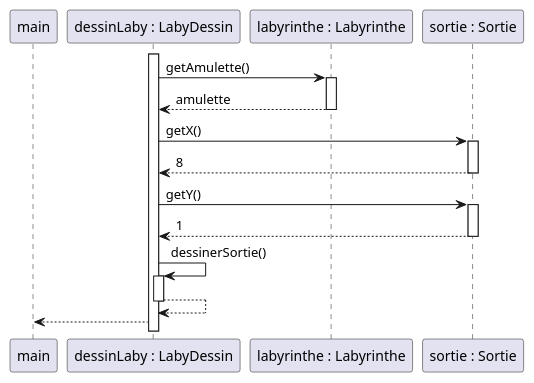
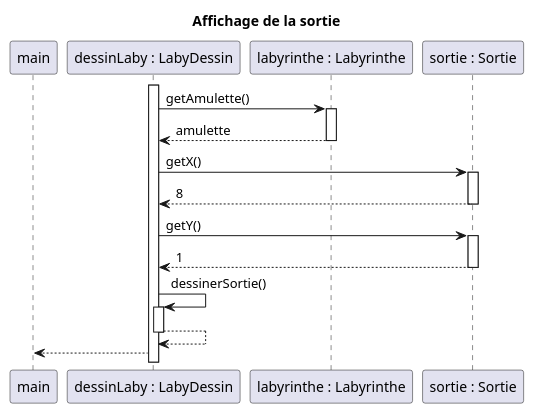
The diagram in documents/version_3/DiagrammeSequenceSortieGraphique.puml (TanguyFox/2022_Zeldiablo_renard136u_seiler33u_serrier26u_arcelin1u), drawn with PlantUML before and after one commit. The commit also changed 9 other files, not shown here.

Commit message:
Images Diagrammes

```diff
--- a/documents/version_3/DiagrammeSequenceSortieGraphique.puml
+++ b/documents/version_3/DiagrammeSequenceSortieGraphique.puml
@@ -1,29 +1,31 @@
 @startuml
 'https://plantuml.com/sequence-diagram
+
+title Affichage de la sortie
 
 participant "main" as MAIN
 participant "dessinLaby : LabyDessin" as LD
 participant "labyrinthe : Labyrinthe" as L
 participant "sortie : Sortie" as S
 
 activate LD
 LD -> L : getAmulette()
 activate L
 L --> LD : amulette
 deactivate L
 LD -> S : getX()
 activate S
 S --> LD : 8
 deactivate S
 LD -> S : getY()
 activate S
 S --> LD : 1
 deactivate S
 LD -> LD : dessinerSortie()
 activate LD
 LD --> LD
 deactivate LD
 LD --> MAIN
 
 
 @enduml
```
